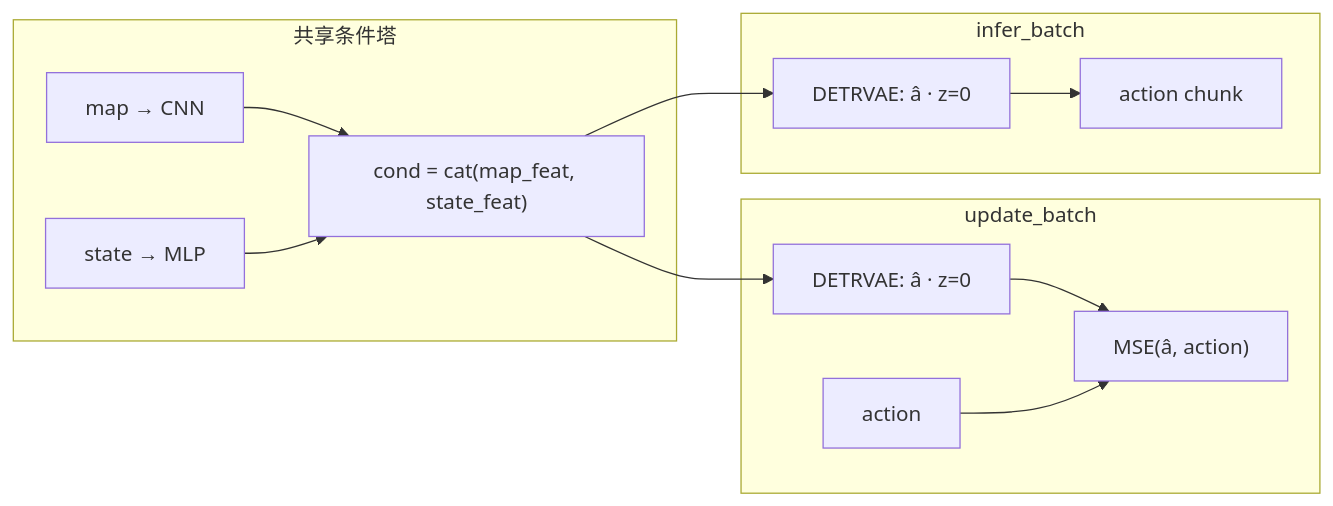
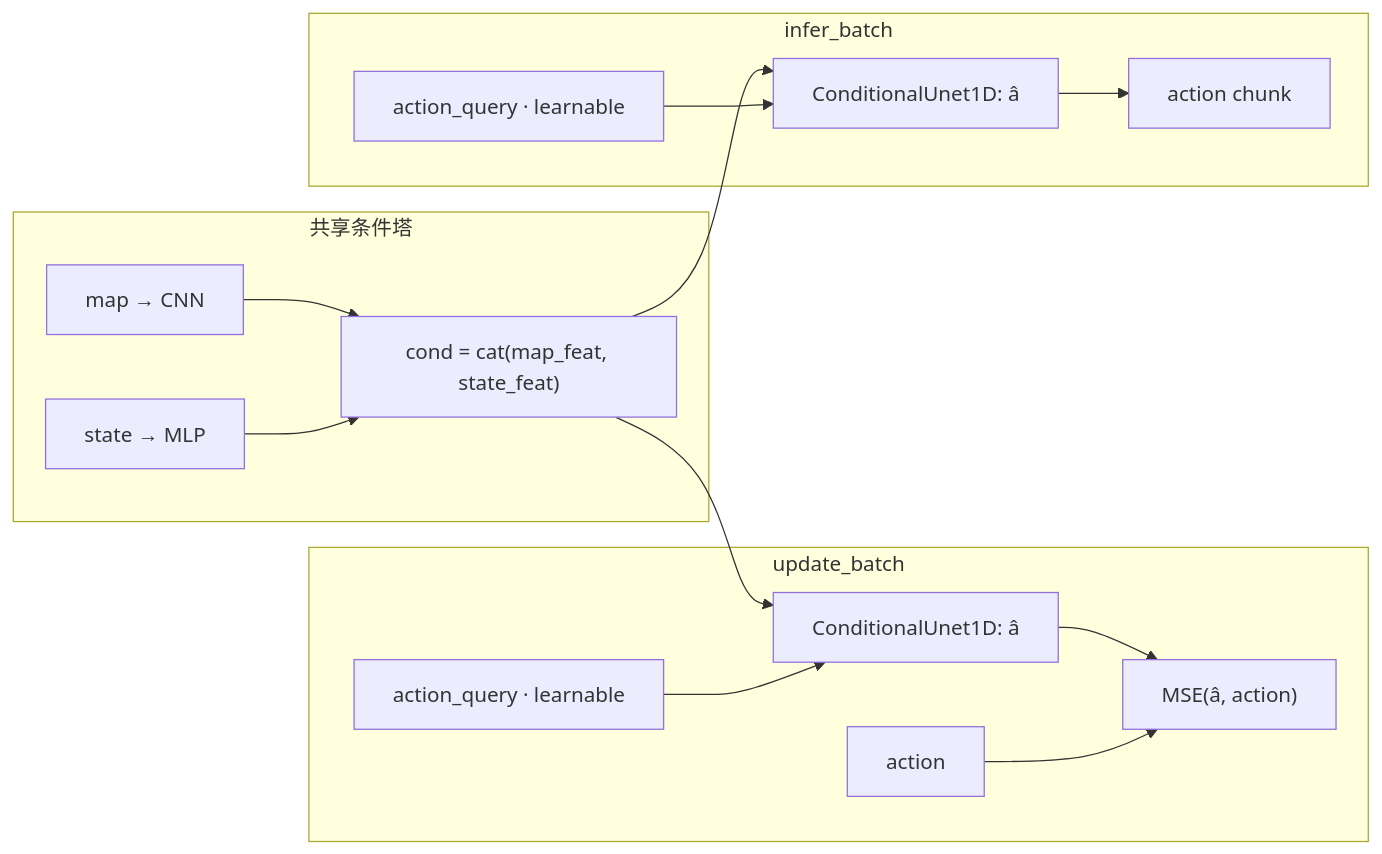
Before and after one commit to IBNBlank/maze_playground: the second of 3 diagrams in bench_policy/utils/policy/bc/ARCHITECTURE.md, drawn with Mermaid. The commit also changed other lines of this file and 13 other files, not shown here.

````diff
--- a/bench_policy/utils/policy/bc/ARCHITECTURE.md
+++ b/bench_policy/utils/policy/bc/ARCHITECTURE.md
@@ -45,26 +44,30 @@
 ```mermaid
 flowchart LR
   subgraph enc["共享条件塔"]
     Map["map → CNN"]
     State["state → MLP"]
     Cond["cond = cat(map_feat, state_feat)"]
     Map --> Cond
     State --> Cond
   end
 
   subgraph train["update_batch"]
-    Pred["DETRVAE: â · z=0"]
+    Q["action_query · learnable"]
+    Pred["ConditionalUnet1D: â"]
     GT["action"]
-    MSE["MSE(â, action)"]
+    MSE["MSE(â, action)"]
     Cond --> Pred
+    Q --> Pred
     Pred --> MSE
     GT --> MSE
   end
 
   subgraph infer["infer_batch"]
-    Fwd["DETRVAE: â · z=0"]
+    Q2["action_query · learnable"]
+    Fwd["ConditionalUnet1D: â"]
     Out["action chunk"]
     Cond --> Fwd
+    Q2 --> Fwd
     Fwd --> Out
   end
 ```
````
